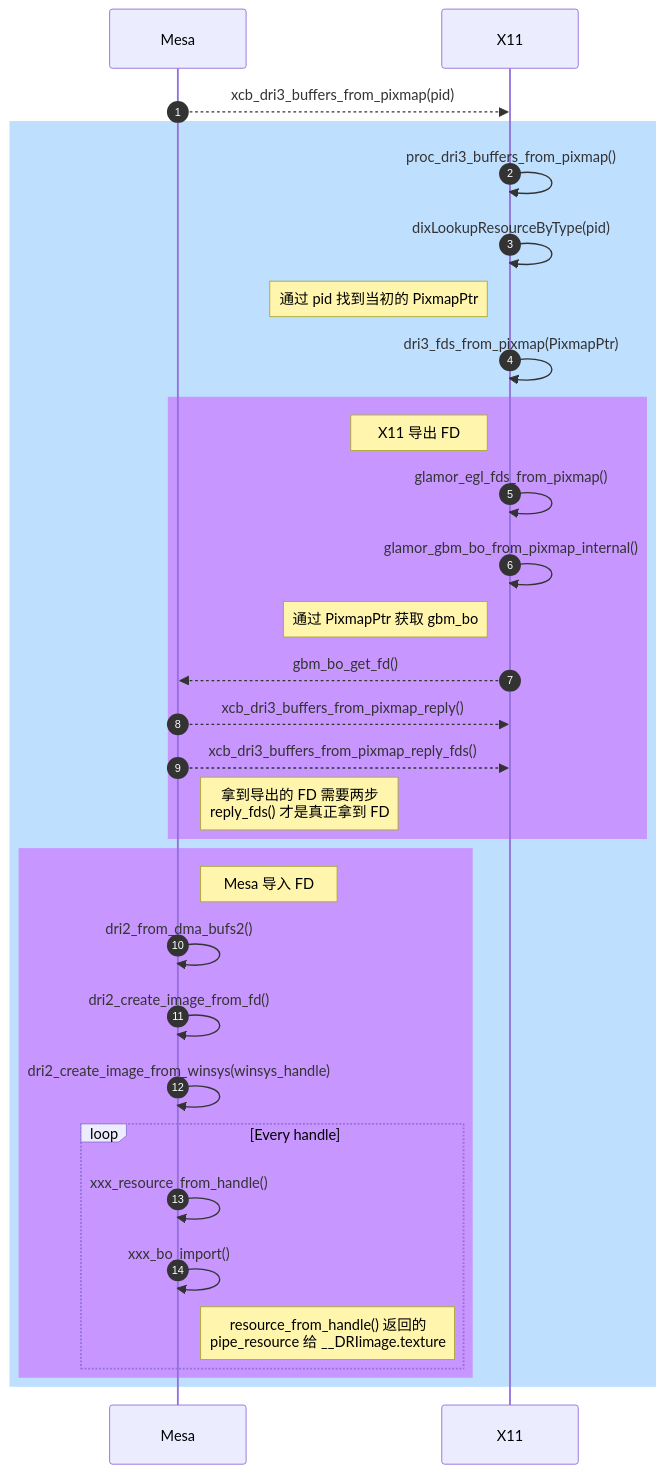
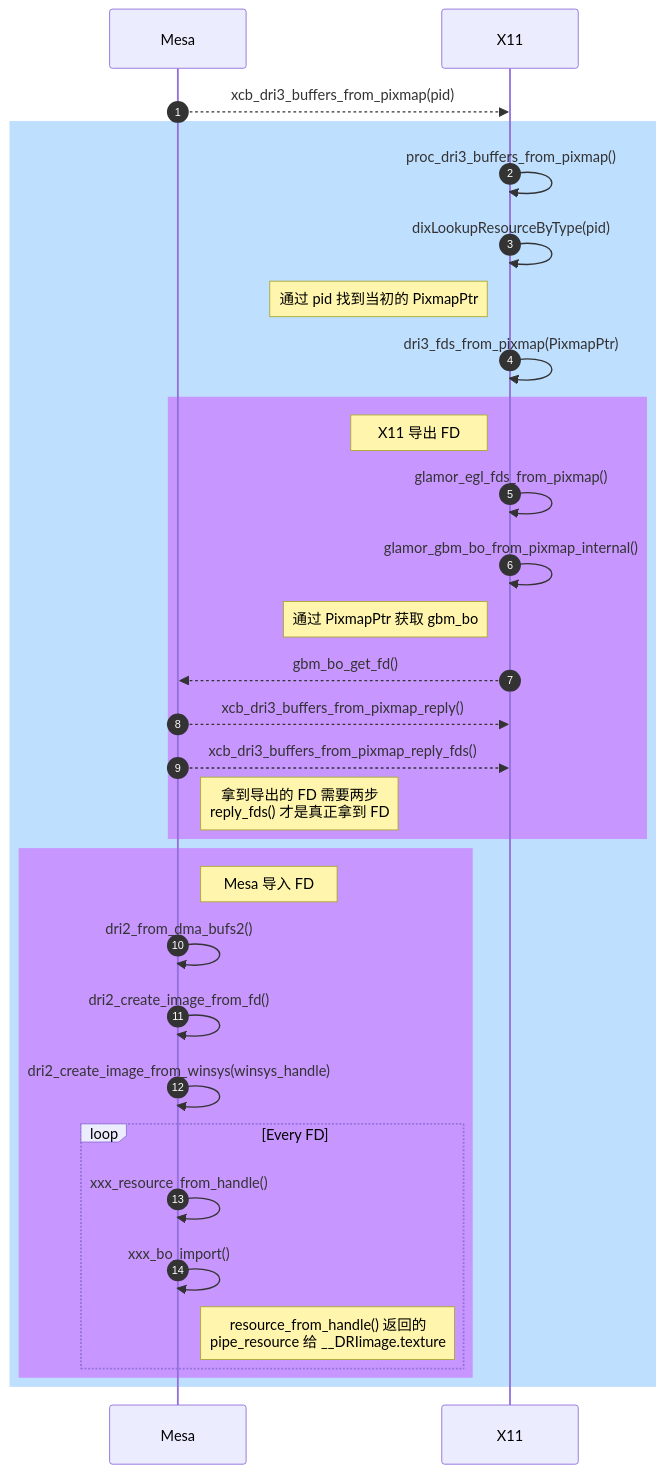
Before and after one commit to lucmann/lucmann.github.io: the second of 2 diagrams in source/_posts/gfx/xcb.md, drawn with Mermaid.

Commit message:
gfx: xcb mermaid

````diff
--- a/source/_posts/gfx/xcb.md
+++ b/source/_posts/gfx/xcb.md
@@ -52,35 +52,35 @@
 ```mermaid
 sequenceDiagram
     autonumber
     participant Mesa
     participant X11
 
     Mesa-->>X11: xcb_dri3_buffers_from_pixmap(pid)
     rect rgb(191, 223, 255)
     X11->>X11: proc_dri3_buffers_from_pixmap()
     X11->>X11: dixLookupResourceByType(pid)
     note left of X11: 通过 pid 找到当初的 PixmapPtr
     X11->>X11: dri3_fds_from_pixmap(PixmapPtr)
     rect rgb(200, 150, 255)
     note left of X11: X11 导出 FD
     X11->>X11: glamor_egl_fds_from_pixmap()
     X11->>X11: glamor_gbm_bo_from_pixmap_internal()
     note left of X11: 通过 PixmapPtr 获取 gbm_bo
     X11-->>Mesa: gbm_bo_get_fd()
     Mesa-->>X11: xcb_dri3_buffers_from_pixmap_reply()
     Mesa-->>X11: xcb_dri3_buffers_from_pixmap_reply_fds()
     note right of Mesa: 拿到导出的 FD 需要两步<br/> reply_fds() 才是真正拿到 FD
     end
     rect rgb(200, 150, 255)
     note right of Mesa: Mesa 导入 FD
     Mesa->>Mesa: dri2_from_dma_bufs2()
     Mesa->>Mesa: dri2_create_image_from_fd()
     Mesa->>Mesa: dri2_create_image_from_winsys(winsys_handle)
-    loop Every handle
+    loop Every FD
         Mesa->>Mesa: xxx_resource_from_handle()
         Mesa->>Mesa: xxx_bo_import()
         note right of Mesa: resource_from_handle() 返回的<br/>pipe_resource 给 __DRIimage.texture
     end
     end
     end
 ```
````
